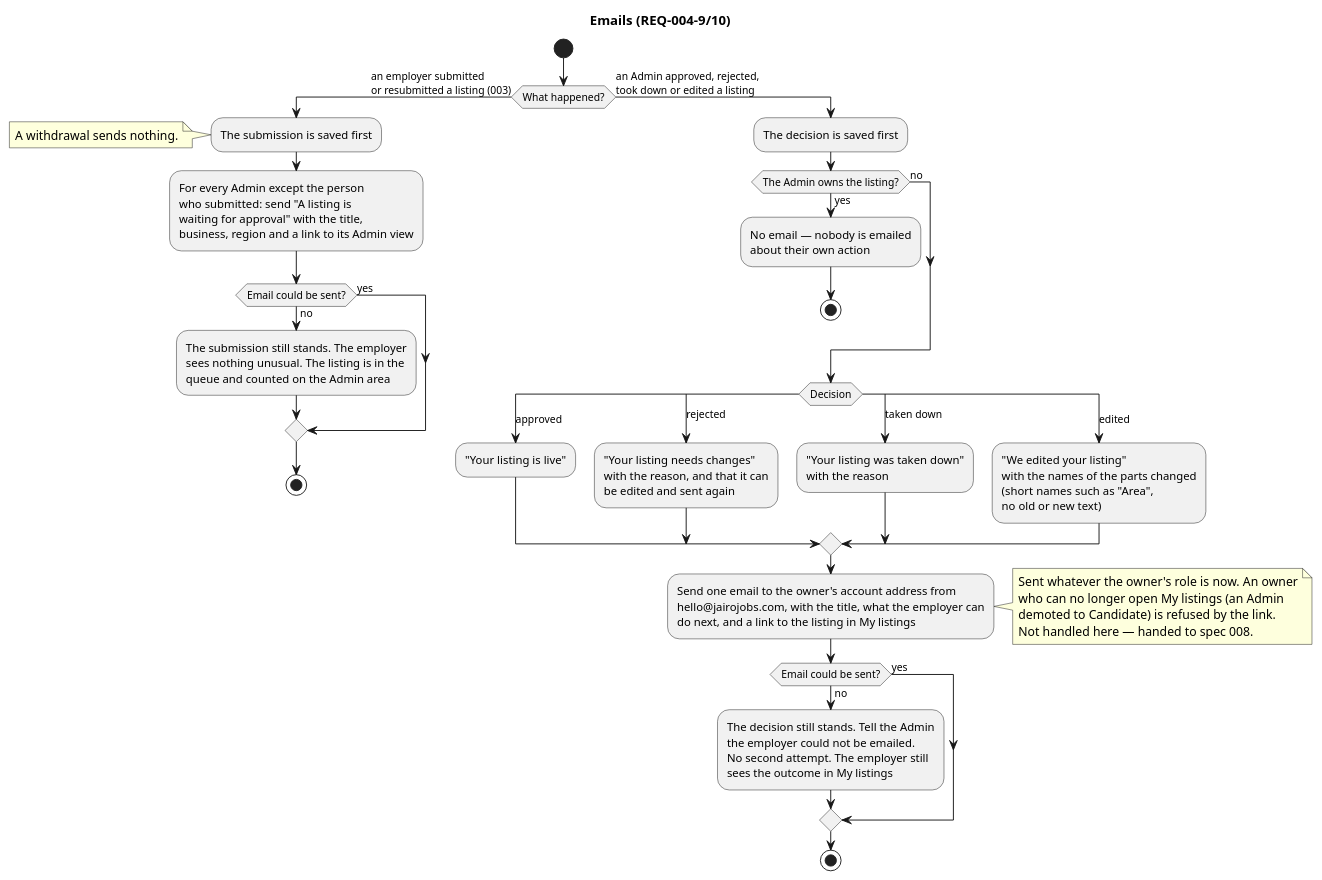
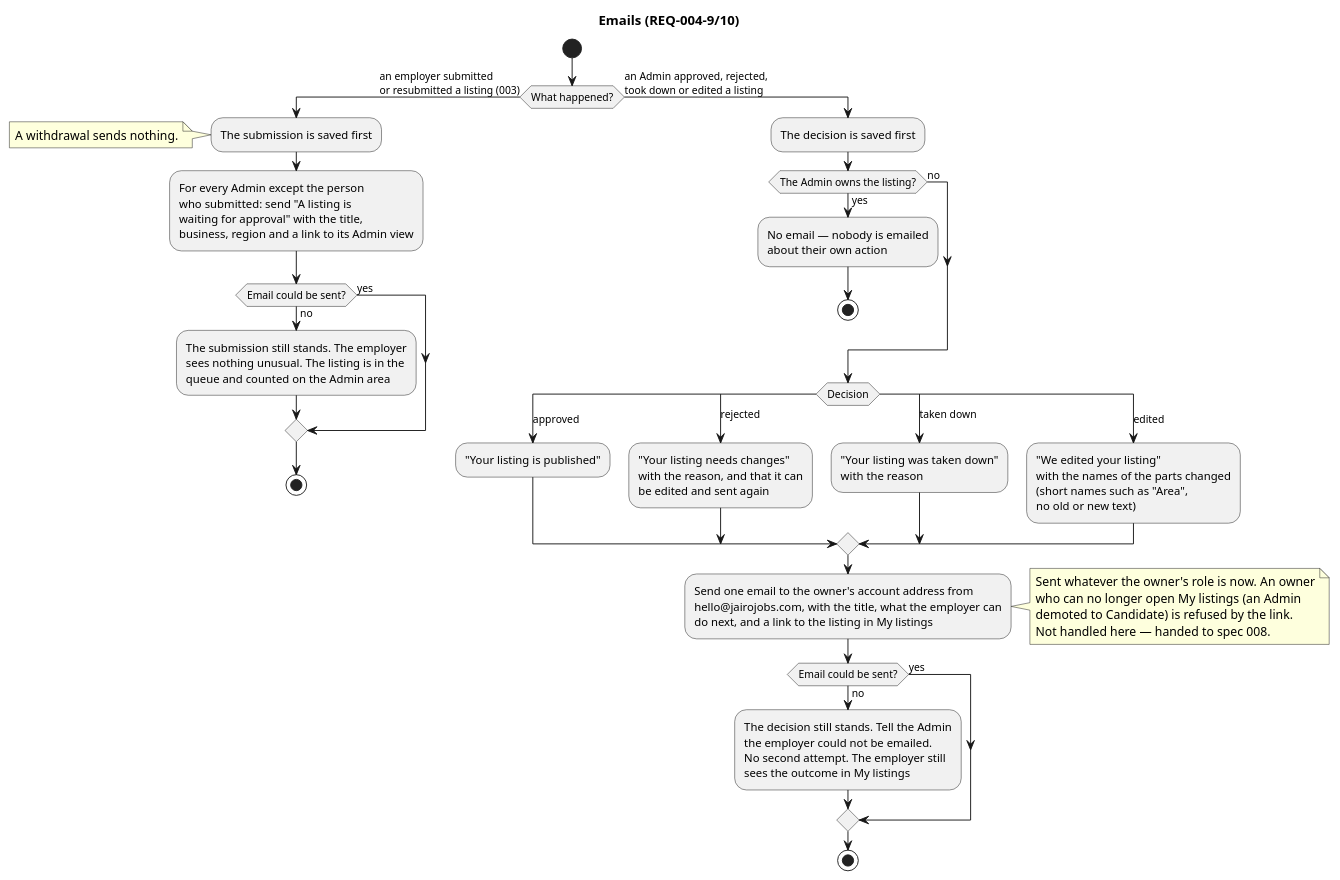
The diagram in docs/specs/004-listings-admin-moderation/diagrams/activity-emails.puml (raseniero/jairojobs-elixir), drawn with PlantUML before and after one commit. The commit also changed 38 other files, not shown here.

Commit message:
refactor(listings): the Published status is called "Published" on screens, in email and in the Admin list's address, no longer "Live" (REQ-003-9, REQ-003-10, REQ-004-3, REQ-004-7, REQ-004-9)

```diff
--- a/docs/specs/004-listings-admin-moderation/diagrams/activity-emails.puml
+++ b/docs/specs/004-listings-admin-moderation/diagrams/activity-emails.puml
@@ -1,64 +1,64 @@
 @startuml activity-emails
 ' Spec 004 — emails to the employer and to Admins (REQ-004-9, -10)
 title Emails (REQ-004-9/10)
 
 start
 if (What happened?) then (an employer submitted\nor resubmitted a listing (003))
   :The submission is saved first;
   note left
     A withdrawal sends nothing.
   end note
   :For every Admin except the person
   who submitted: send "A listing is
   waiting for approval" with the title,
   business, region and a link to its Admin view;
   if (Email could be sent?) then (no)
     :The submission still stands. The employer
     sees nothing unusual. The listing is in the
     queue and counted on the Admin area;
   else (yes)
   endif
   stop
 else (an Admin approved, rejected,\ntook down or edited a listing)
   :The decision is saved first;
   if (The Admin owns the listing?) then (yes)
     :No email — nobody is emailed
     about their own action;
     stop
   else (no)
   endif
   switch (Decision)
   case (approved)
-    :"Your listing is live";
+    :"Your listing is published";
   case (rejected)
     :"Your listing needs changes"
     with the reason, and that it can
     be edited and sent again;
   case (taken down)
     :"Your listing was taken down"
     with the reason;
   case (edited)
     :"We edited your listing"
     with the names of the parts changed
     (short names such as "Area",
     no old or new text);
   endswitch
   :Send one email to the owner's account address from
   hello@jairojobs.com, with the title, what the employer can
   do next, and a link to the listing in My listings;
   note right
     Sent whatever the owner's role is now. An owner
     who can no longer open My listings (an Admin
     demoted to Candidate) is refused by the link.
     Not handled here — handed to spec 008.
   end note
   if (Email could be sent?) then (no)
     :The decision still stands. Tell the Admin
     the employer could not be emailed.
     No second attempt. The employer still
     sees the outcome in My listings;
   else (yes)
   endif
   stop
 endif
 @enduml
```
